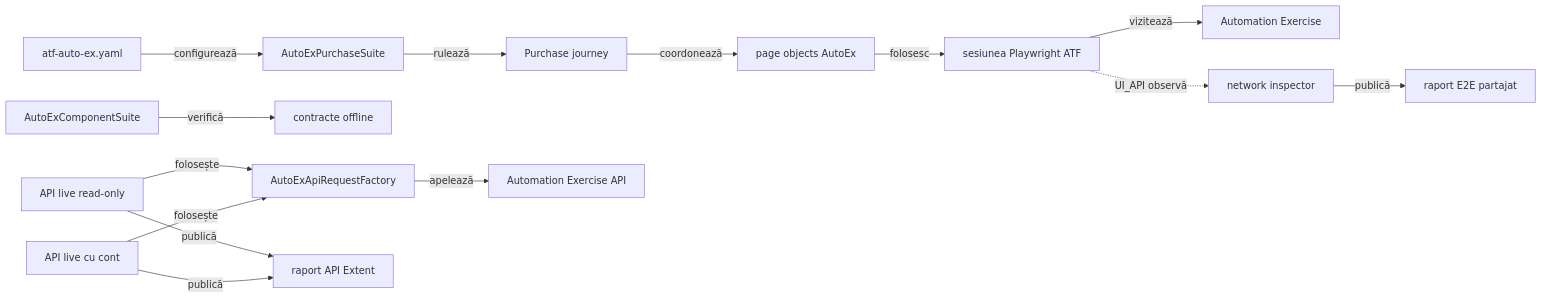
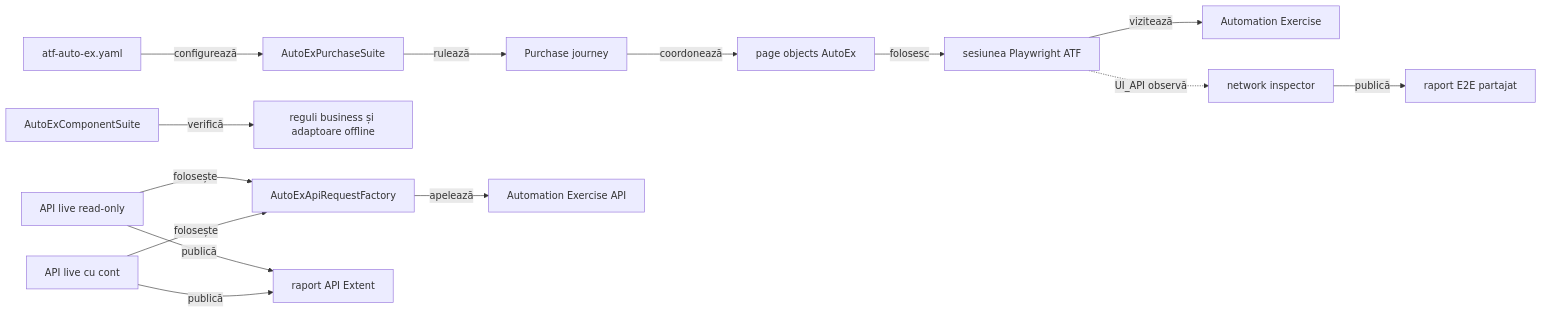
The first of 2 diagrams in atf-test-auto-ex/README.md (crististefanita/demo2), drawn with Mermaid before and after one commit. The commit also changed other lines of this file and 52 other files, not shown here.

Commit message:
Refine console interop and E2E evidence flows

````diff
--- a/atf-test-auto-ex/README.md
+++ b/atf-test-auto-ex/README.md
@@ -20,16 +23,16 @@
 ```mermaid
 flowchart LR
     Config[atf-auto-ex.yaml] -->|configurează| Suite[AutoExPurchaseSuite]
     Suite -->|rulează| Journey[Purchase journey]
     Journey -->|coordonează| Pages[page objects AutoEx]
     Pages -->|folosesc| Browser[sesiunea Playwright ATF]
     Browser -->|vizitează| Site[Automation Exercise]
     Browser -.->|UI_API observă| Inspector[network inspector]
     Inspector -->|publică| UiReport[raport E2E partajat]
-    ComponentSuite[AutoExComponentSuite] -->|verifică| Fixtures[contracte offline]
+    ComponentSuite[AutoExComponentSuite] -->|verifică| Fixtures[reguli business și adaptoare offline]
     ReadOnlySuite[API live read-only] -->|folosește| Requests[AutoExApiRequestFactory]
     MutatingSuite[API live cu cont] -->|folosește| Requests
     Requests -->|apelează| Api[Automation Exercise API]
     ReadOnlySuite -->|publică| ApiReport[raport API Extent]
     MutatingSuite -->|publică| ApiReport
 ```
````
